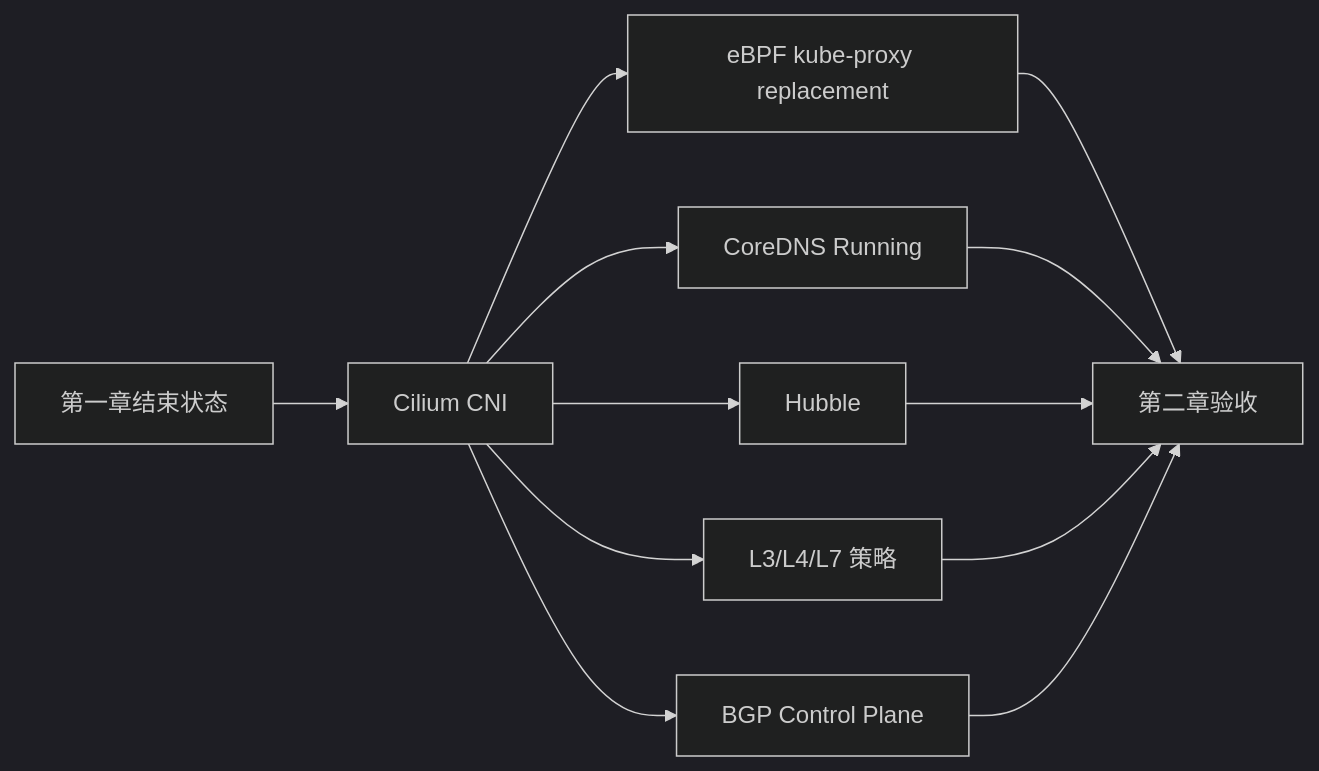
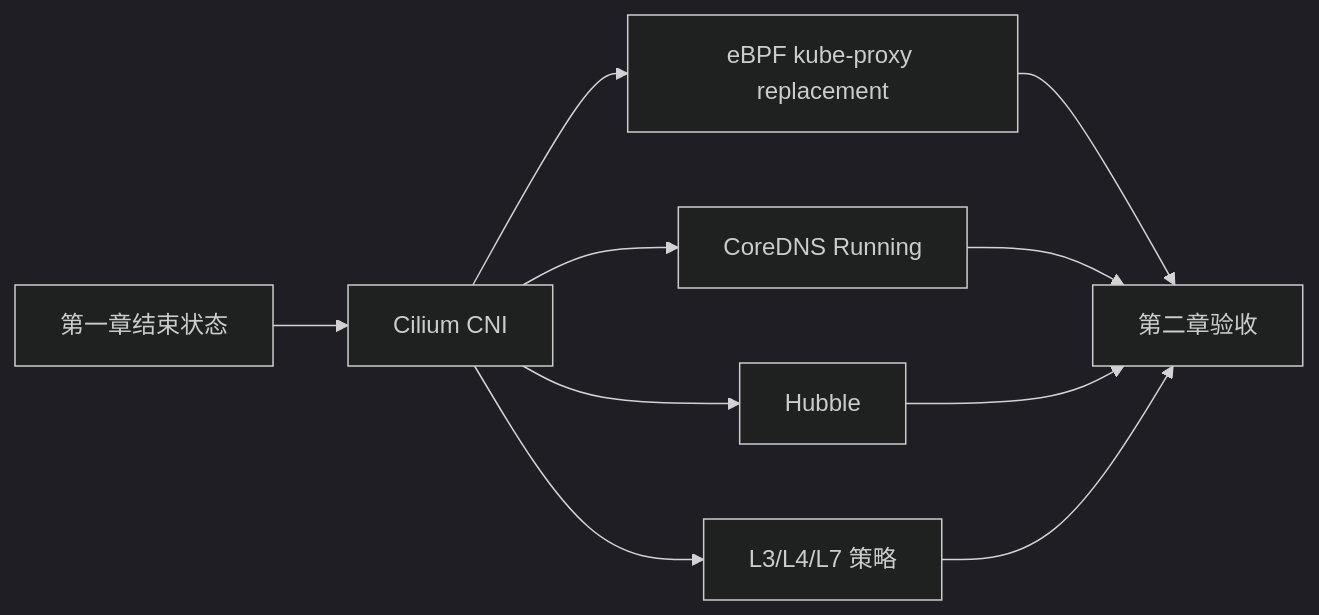
One commit to hwang-protocol/docker_k8s_2026 changed the diagram in k8s/02-cloud-native-networking/docs/01_chapter_guide.md. Above: the diagram before and after it, drawn with Mermaid (dark theme). The commit also changed other lines of this file and 11 other files, not shown here.

````diff
--- a/k8s/02-cloud-native-networking/docs/01_chapter_guide.md
+++ b/k8s/02-cloud-native-networking/docs/01_chapter_guide.md
@@ -70,23 +67,20 @@
 ```mermaid
 flowchart LR
   init[第一章结束状态]
   cilium[Cilium CNI]
   ebpf[eBPF kube-proxy replacement]
   dns[CoreDNS Running]
   hubble[Hubble]
   policy[L3/L4/L7 策略]
-  bgp[BGP Control Plane]
   verify[第二章验收]
 
   init --> cilium
   cilium --> ebpf
   cilium --> dns
   cilium --> hubble
   cilium --> policy
-  cilium --> bgp
   ebpf --> verify
   dns --> verify
   hubble --> verify
   policy --> verify
-  bgp --> verify
 ```
````
